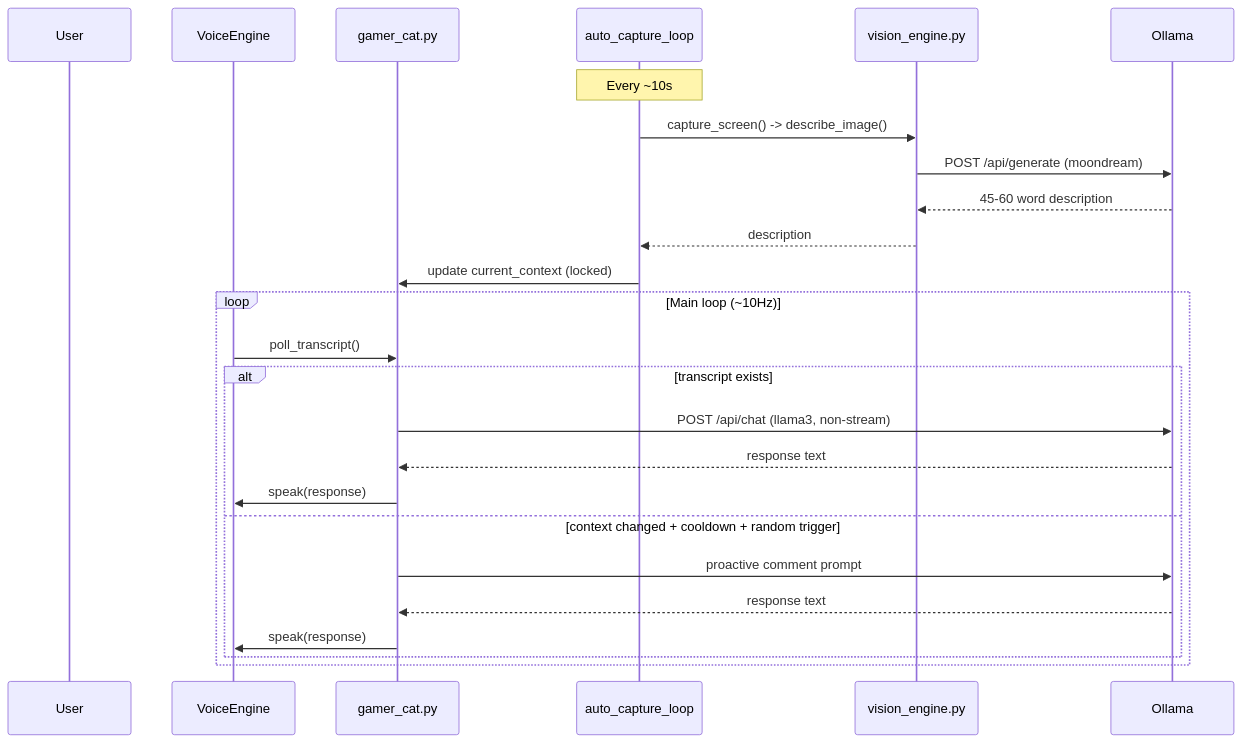
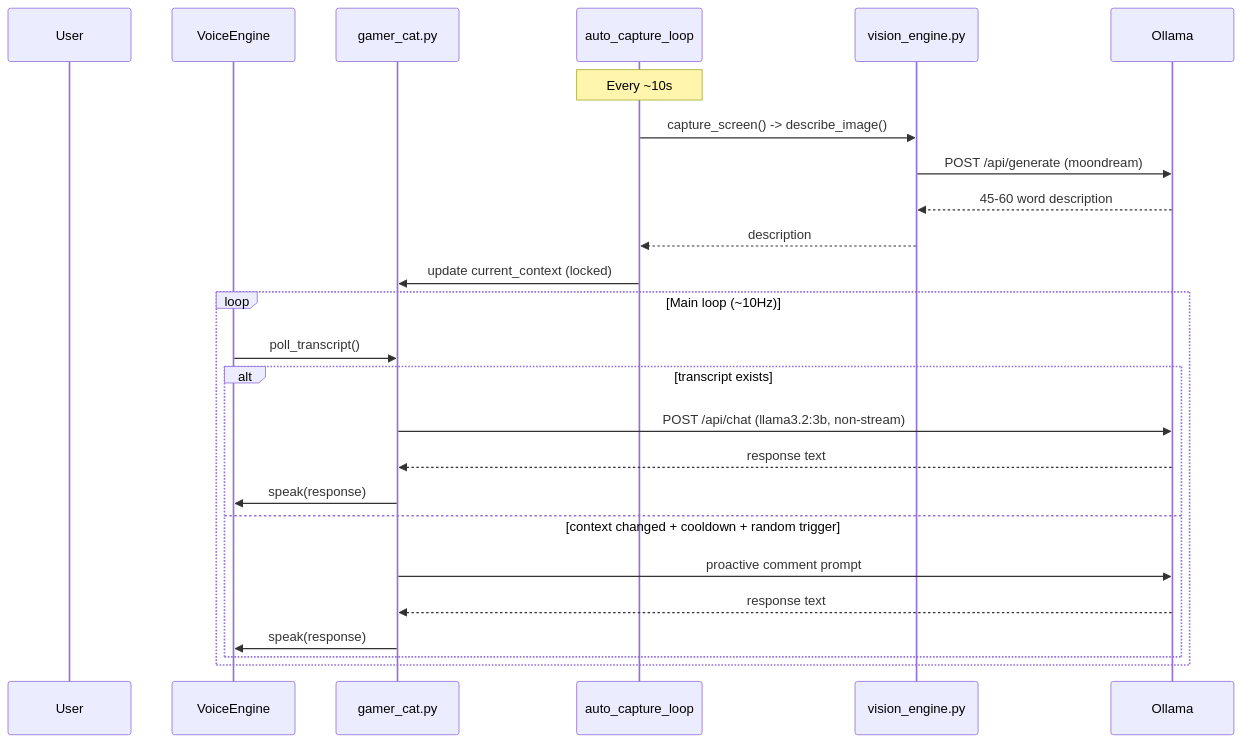
The second of 2 diagrams in DOCUMENTATION.md (adityachauhan0/gamer-cat), drawn with Mermaid before and after one commit. The commit also changed other lines of this file and 12 other files, not shown here.

Commit message:
Improve Linux runtime flow, startup, and capture/TTS stability

````diff
--- a/DOCUMENTATION.md
+++ b/DOCUMENTATION.md
@@ -29,29 +29,29 @@
 ```mermaid
 sequenceDiagram
     participant User
     participant Voice as VoiceEngine
     participant Main as gamer_cat.py
     participant Capture as auto_capture_loop
     participant Vision as vision_engine.py
     participant Ollama as Ollama
 
     Note over Capture: Every ~10s
     Capture->>Vision: capture_screen() -> describe_image()
     Vision->>Ollama: POST /api/generate (moondream)
     Ollama-->>Vision: 45-60 word description
     Vision-->>Capture: description
     Capture->>Main: update current_context (locked)
 
     loop Main loop (~10Hz)
       Voice->>Main: poll_transcript()
       alt transcript exists
-        Main->>Ollama: POST /api/chat (llama3, non-stream)
+        Main->>Ollama: POST /api/chat (llama3.2:3b, non-stream)
         Ollama-->>Main: response text
         Main->>Voice: speak(response)
       else context changed + cooldown + random trigger
         Main->>Ollama: proactive comment prompt
         Ollama-->>Main: response text
         Main->>Voice: speak(response)
       end
     end
 ```
````
